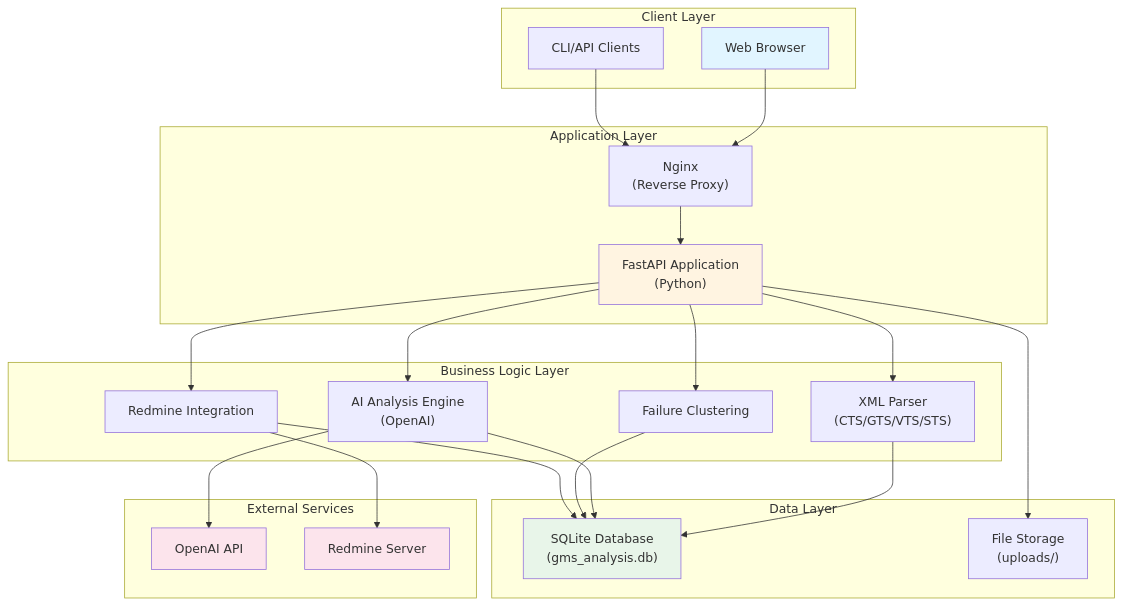
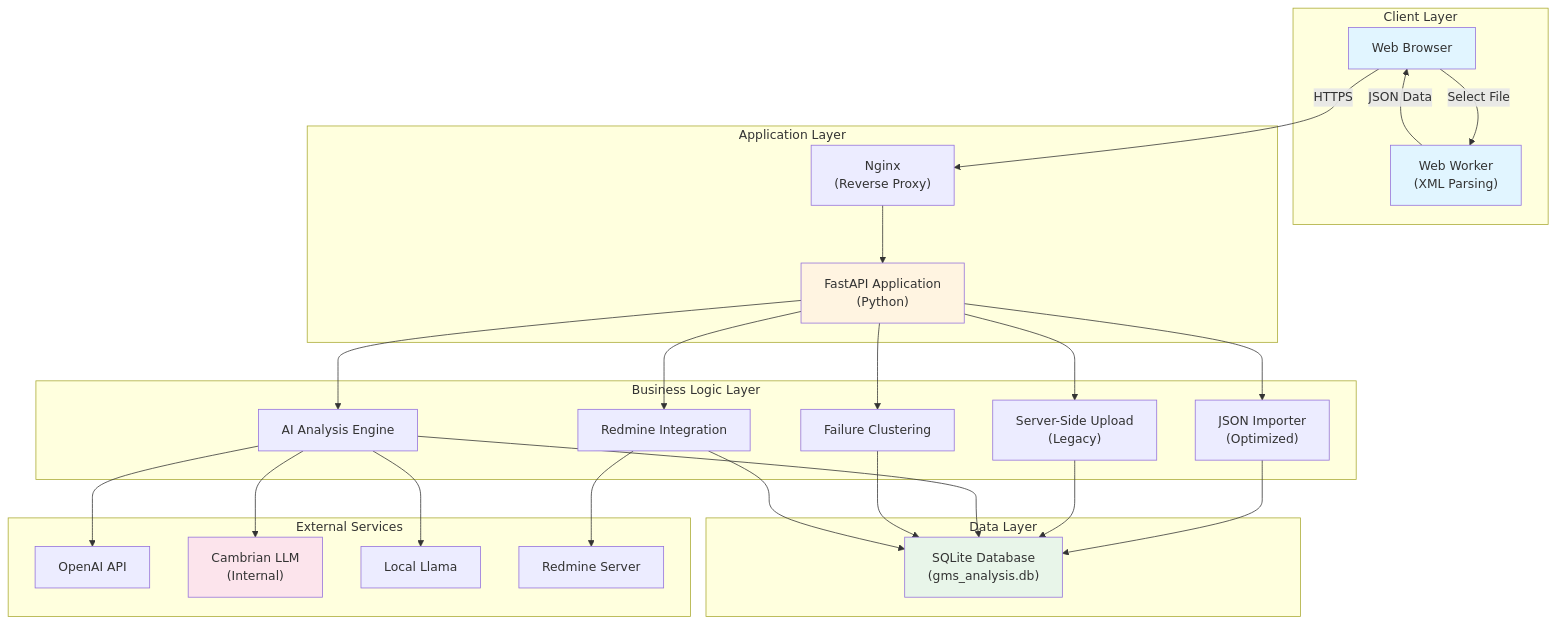
Before and after one commit to seen0722/GMS-helper: the first of 5 diagrams in docs/ARCHITECTURE.md, drawn with Mermaid. The commit also changed other lines of this file and 1 other file, not shown here.

Commit message:
docs: regenerate architecture and design documents

````diff
--- a/docs/ARCHITECTURE.md
+++ b/docs/ARCHITECTURE.md
@@ -7,50 +12,60 @@
 ```mermaid
 graph TB
     subgraph "Client Layer"
         Browser["Web Browser"]
-        CLI["CLI/API Clients"]
+        Worker["Web Worker<br/>(XML Parsing)"]
     end
     
     subgraph "Application Layer"
         Nginx["Nginx<br/>(Reverse Proxy)"]
         FastAPI["FastAPI Application<br/>(Python)"]
     end
     
     subgraph "Business Logic Layer"
-        Parser["XML Parser<br/>(CTS/GTS/VTS/STS)"]
-        Analysis["AI Analysis Engine<br/>(OpenAI)"]
+        LegacyUpload["Server-Side Upload<br/>(Legacy)"]
+        Import["JSON Importer<br/>(Optimized)"]
+        Analysis["AI Analysis Engine"]
         Clustering["Failure Clustering"]
         Redmine["Redmine Integration"]
     end
     
     subgraph "Data Layer"
         SQLite["SQLite Database<br/>(gms_analysis.db)"]
-        Files["File Storage<br/>(uploads/)"]
     end
     
     subgraph "External Services"
         OpenAI["OpenAI API"]
+        Cambrian["Cambrian LLM<br/>(Internal)"]
+        LocalLLM["Local Llama"]
         RedmineServer["Redmine Server"]
     end
     
-    Browser --> Nginx
-    CLI --> Nginx
+    Browser -->|Select File| Worker
+    Worker -->|JSON Data| Browser
+    Browser -->|HTTPS| Nginx
     Nginx --> FastAPI
-    FastAPI --> Parser
+    
+    FastAPI --> Import
+    FastAPI --> LegacyUpload
     FastAPI --> Analysis
     FastAPI --> Clustering
     FastAPI --> Redmine
-    Parser --> SQLite
+    
+    Import --> SQLite
+    LegacyUpload --> SQLite
+    
     Analysis --> OpenAI
+    Analysis --> Cambrian
+    Analysis --> LocalLLM
     Analysis --> SQLite
     Clustering --> SQLite
+    
     Redmine --> RedmineServer
     Redmine --> SQLite
-    FastAPI --> Files
     
     style Browser fill:#e1f5ff
+    style Worker fill:#e1f5ff
     style FastAPI fill:#fff4e1
     style SQLite fill:#e8f5e9
-    style OpenAI fill:#fce4ec
-    style RedmineServer fill:#fce4ec
+    style Cambrian fill:#fce4ec
 ```
````
